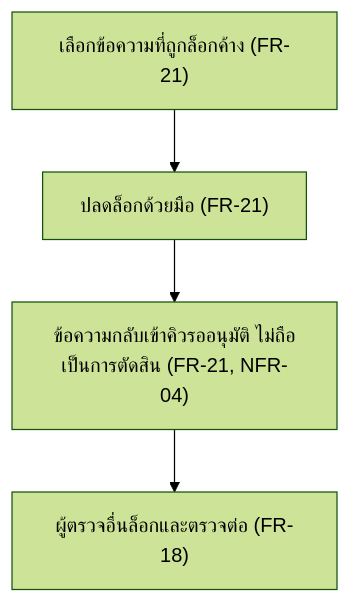
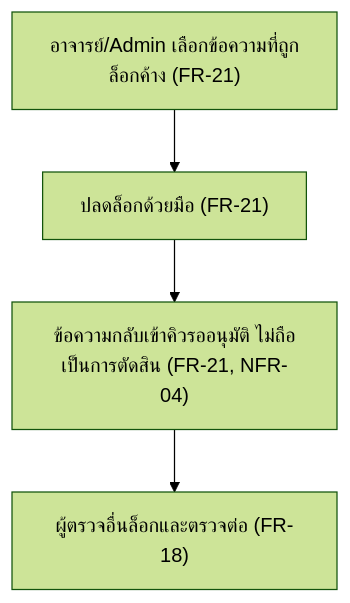
The sixth of 7 diagrams in docs/02-design/user-journey.md (PAKOSORUS/Grade-Runway-PROJECT3), drawn with Mermaid (forest theme) before and after one commit. The commit also changed other lines of this file and 15 other files, not shown here.

````diff
--- a/docs/02-design/user-journey.md
+++ b/docs/02-design/user-journey.md
@@ -143,6 +158,6 @@
 ```mermaid
 flowchart TD
-    A["เลือกข้อความที่ถูกล็อกค้าง (FR-21)"] --> B["ปลดล็อกด้วยมือ (FR-21)"]
+    A["อาจารย์/Admin เลือกข้อความที่ถูกล็อกค้าง (FR-21)"] --> B["ปลดล็อกด้วยมือ (FR-21)"]
     B --> C["ข้อความกลับเข้าคิวรออนุมัติ ไม่ถือเป็นการตัดสิน (FR-21, NFR-04)"]
     C --> D["ผู้ตรวจอื่นล็อกและตรวจต่อ (FR-18)"]
 ```
````
